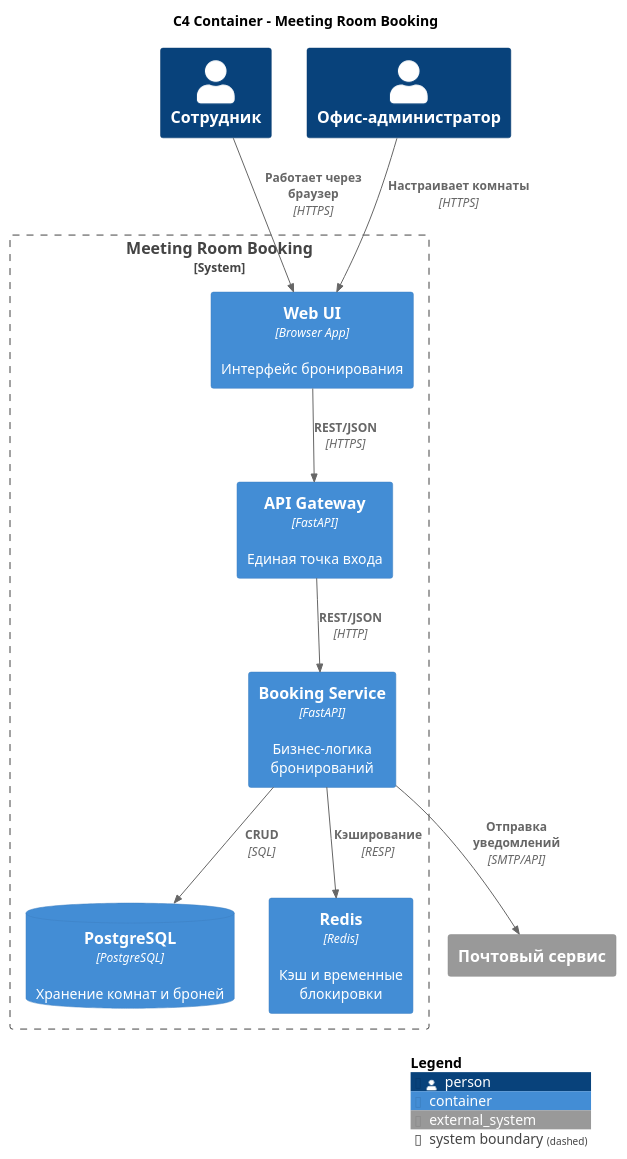
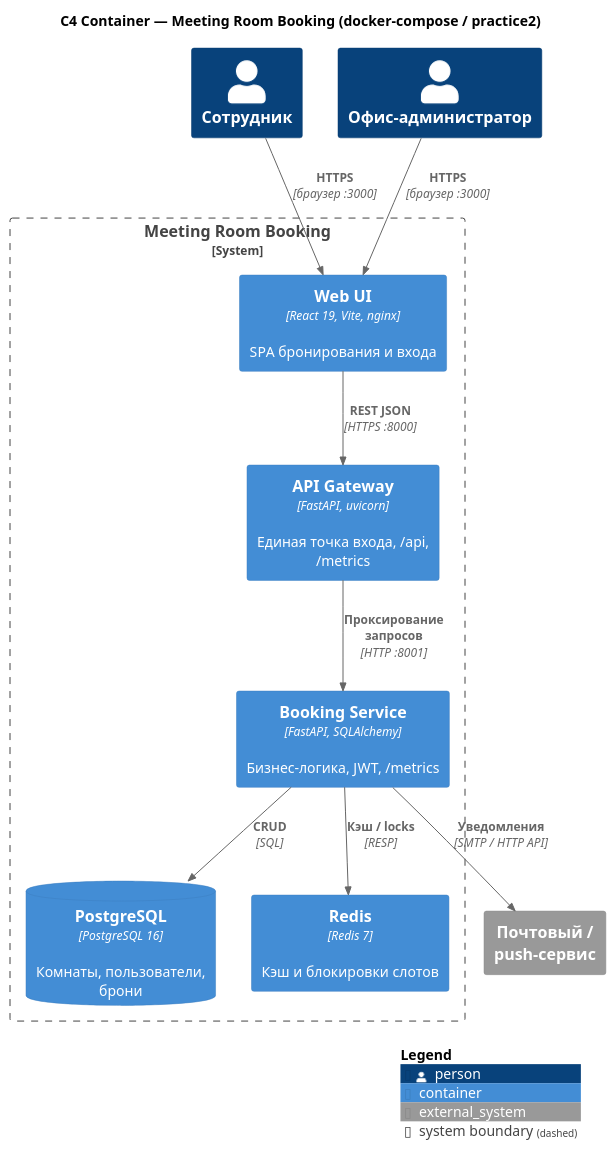
One commit to SmknSe/IPPO_pr9-12 changed the diagram in practice1/diagrams/container.puml. Above: the diagram before and after it, drawn with PlantUML. The commit also changed 22 other files, not shown here.

```diff
--- a/practice1/diagrams/container.puml
+++ b/practice1/diagrams/container.puml
@@ -1,27 +1,27 @@
 @startuml
 !include https://raw.githubusercontent.com/plantuml-stdlib/C4-PlantUML/master/C4_Container.puml
 
-title C4 Container - Meeting Room Booking
+title C4 Container — Meeting Room Booking (docker-compose / practice2)
 
 Person(employee, "Сотрудник")
 Person(admin, "Офис-администратор")
-System_Ext(notifier, "Почтовый сервис")
+System_Ext(notifier, "Почтовый / push-сервис")
 
 System_Boundary(bookingSystem, "Meeting Room Booking") {
-  Container(web, "Web UI", "Browser App", "Интерфейс бронирования")
-  Container(gateway, "API Gateway", "FastAPI", "Единая точка входа")
-  Container(booking, "Booking Service", "FastAPI", "Бизнес-логика бронирований")
-  ContainerDb(pg, "PostgreSQL", "PostgreSQL", "Хранение комнат и броней")
-  Container(cache, "Redis", "Redis", "Кэш и временные блокировки")
+  Container(web, "Web UI", "React 19, Vite, nginx", "SPA бронирования и входа")
+  Container(gateway, "API Gateway", "FastAPI, uvicorn", "Единая точка входа, /api, /metrics")
+  Container(booking, "Booking Service", "FastAPI, SQLAlchemy", "Бизнес-логика, JWT, /metrics")
+  ContainerDb(pg, "PostgreSQL", "PostgreSQL 16", "Комнаты, пользователи, брони")
+  Container(cache, "Redis", "Redis 7", "Кэш и блокировки слотов")
 }
 
-Rel(employee, web, "Работает через браузер", "HTTPS")
-Rel(admin, web, "Настраивает комнаты", "HTTPS")
-Rel(web, gateway, "REST/JSON", "HTTPS")
-Rel(gateway, booking, "REST/JSON", "HTTP")
+Rel(employee, web, "HTTPS", "браузер :3000")
+Rel(admin, web, "HTTPS", "браузер :3000")
+Rel(web, gateway, "REST JSON", "HTTPS :8000")
+Rel(gateway, booking, "Проксирование запросов", "HTTP :8001")
 Rel(booking, pg, "CRUD", "SQL")
-Rel(booking, cache, "Кэширование", "RESP")
-Rel(booking, notifier, "Отправка уведомлений", "SMTP/API")
+Rel(booking, cache, "Кэш / locks", "RESP")
+Rel(booking, notifier, "Уведомления", "SMTP / HTTP API")
 
 SHOW_LEGEND()
 @enduml
```
